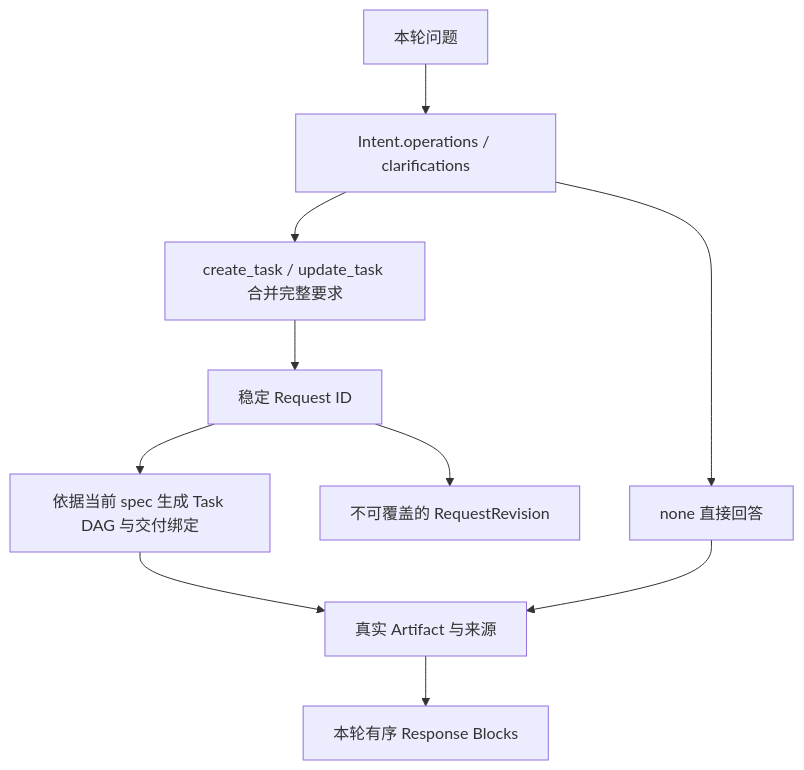
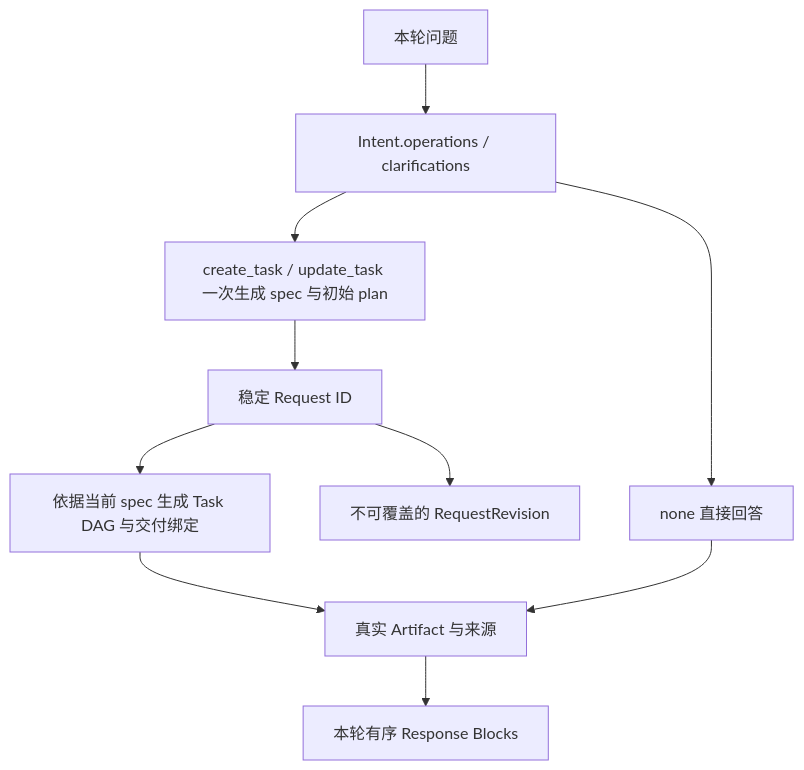
The diagram in docs/第三版设计/字段与数据流.md (manifesting696-byte/Project), drawn with Mermaid before and after one commit. The commit also changed other lines of this file and 15 other files, not shown here.

````diff
--- a/docs/第三版设计/字段与数据流.md
+++ b/docs/第三版设计/字段与数据流.md
@@ -7,12 +7,12 @@
 ```mermaid
 flowchart TD
     Query[本轮问题] --> Intent[Intent.operations / clarifications]
     Intent --> Direct[none 直接回答]
-    Intent --> Definition[create_task / update_task 合并完整要求]
-    Definition --> Request[稳定 Request ID]
+    Intent --> Preparation[create_task / update_task 一次生成 spec 与初始 plan]
+    Preparation --> Request[稳定 Request ID]
     Request --> Revision[不可覆盖的 RequestRevision]
     Request --> Plan[依据当前 spec 生成 Task DAG 与交付绑定]
     Plan --> Artifact[真实 Artifact 与来源]
     Direct --> Artifact
     Artifact --> Answer[本轮有序 Response Blocks]
 ```
````
